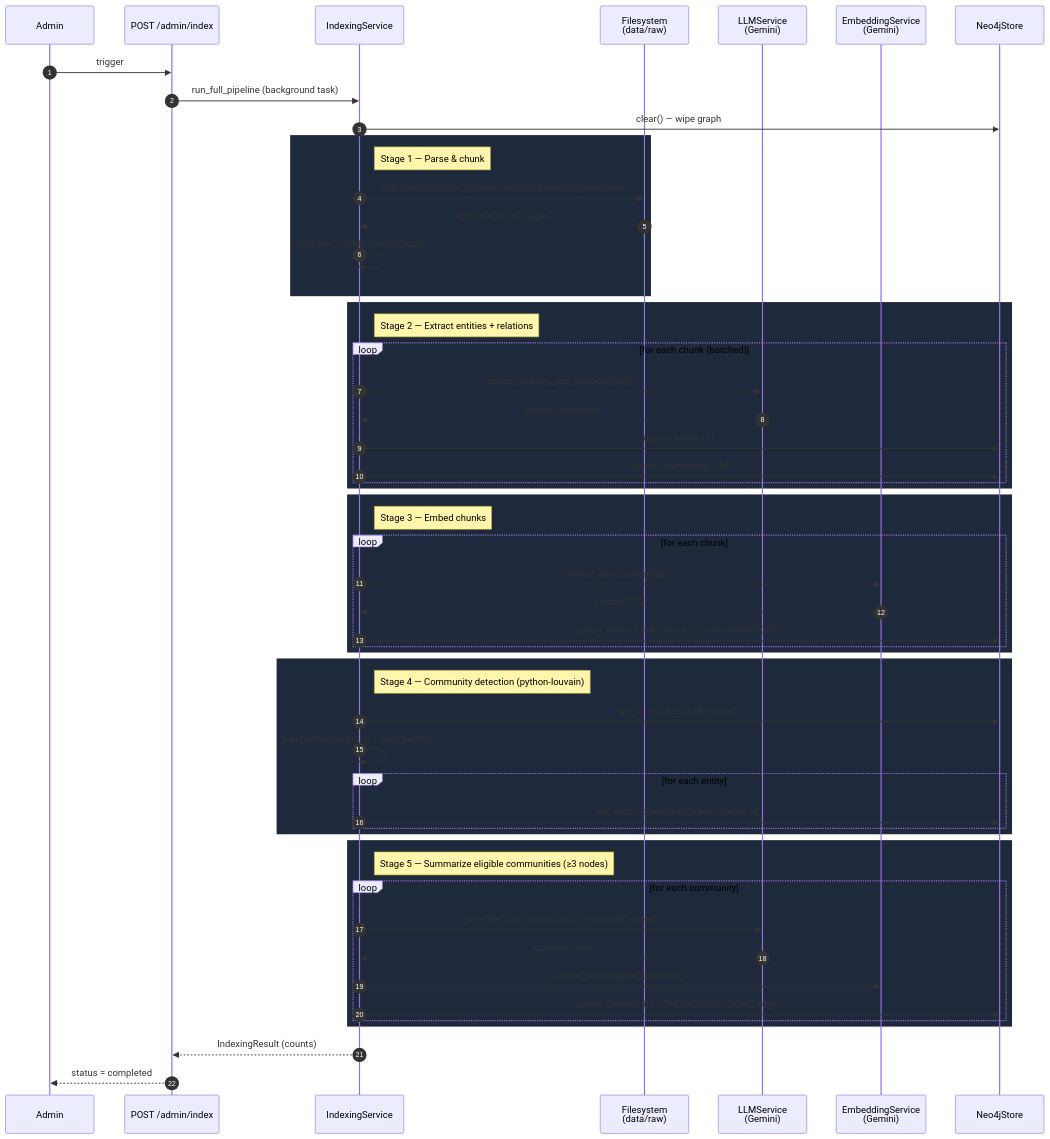
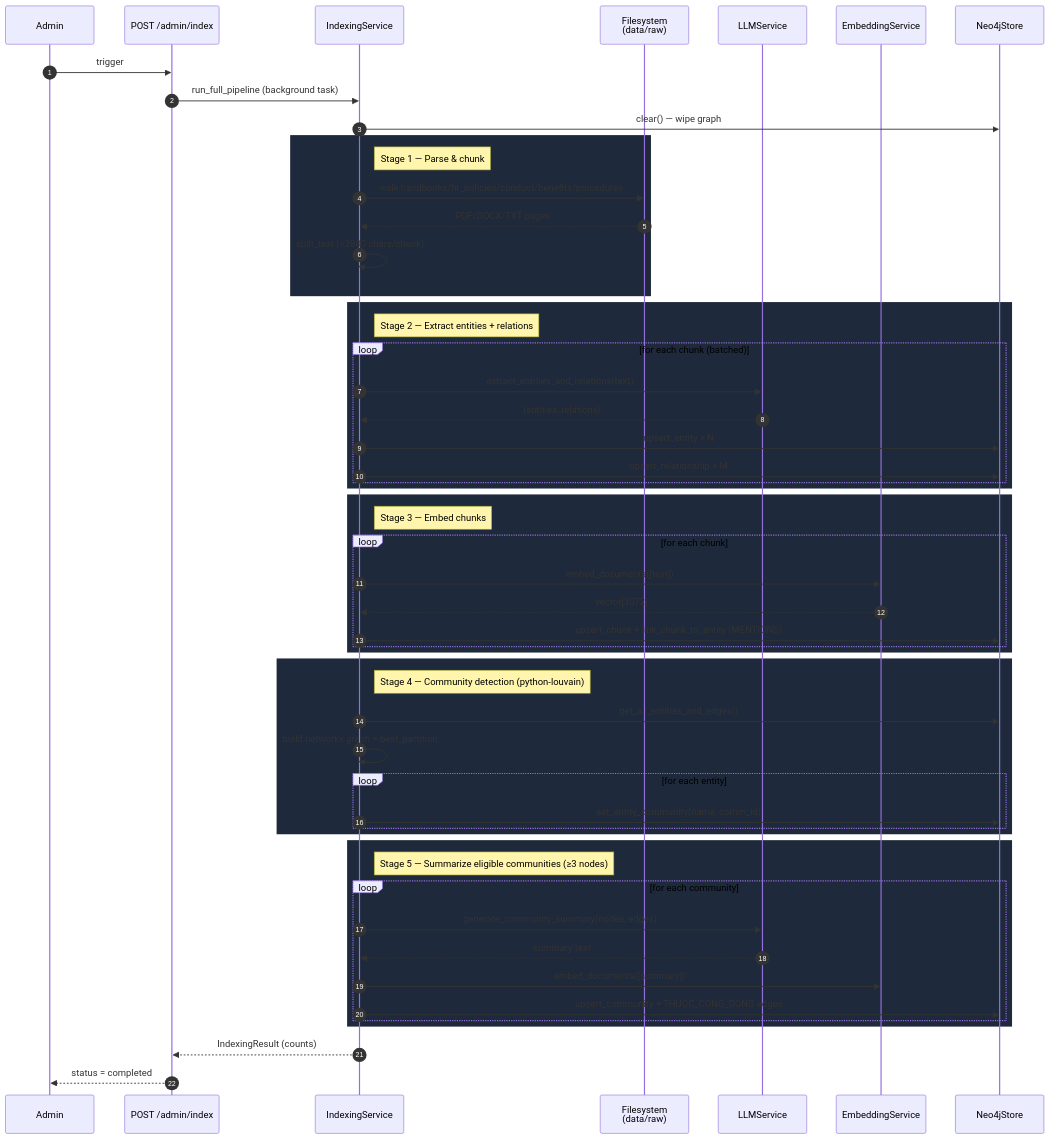
Before and after one commit to nguyenduy-math/agentichouse: the sixth of 11 diagrams in rag-projects/graphrag-assistant/HLD.md, drawn with Mermaid. The commit also changed other lines of this file and 22 other files, not shown here.

````diff
--- a/rag-projects/graphrag-assistant/HLD.md
+++ b/rag-projects/graphrag-assistant/HLD.md
@@ -250,63 +252,63 @@
 ```mermaid
 sequenceDiagram
     autonumber
     participant Admin
     participant API as POST /admin/index
     participant Idx as IndexingService
     participant FS as Filesystem<br/>(data/raw)
-    participant LLM as LLMService<br/>(Gemini)
-    participant Emb as EmbeddingService<br/>(Gemini)
+    participant LLM as LLMService
+    participant Emb as EmbeddingService
     participant N4J as Neo4jStore
 
     Admin->>API: trigger
     API->>Idx: run_full_pipeline (background task)
     Idx->>N4J: clear() — wipe graph
 
     rect rgb(30,41,59)
     note right of Idx: Stage 1 — Parse & chunk
     Idx->>FS: walk handbooks/hr_policies/conduct/benefits/procedures
     FS-->>Idx: PDF/DOCX/TXT pages
     Idx->>Idx: split_text (≈2800 chars/chunk)
     end
 
     rect rgb(30,41,59)
     note right of Idx: Stage 2 — Extract entities + relations
     loop for each chunk (batched)
         Idx->>LLM: extract_entities_and_relations(text)
         LLM-->>Idx: {entities, relations}
         Idx->>N4J: upsert_entity × N
         Idx->>N4J: upsert_relationship × M
     end
     end
 
     rect rgb(30,41,59)
     note right of Idx: Stage 3 — Embed chunks
     loop for each chunk
         Idx->>Emb: embed_documents([text])
         Emb-->>Idx: vector[3072]
         Idx->>N4J: upsert_chunk + link_chunk_to_entity (MENTIONS)
     end
     end
 
     rect rgb(30,41,59)
     note right of Idx: Stage 4 — Community detection (python-louvain)
     Idx->>N4J: get_all_entities_and_edges()
     Idx->>Idx: build networkx graph + best_partition
     loop for each entity
         Idx->>N4J: set_entity_community(name, comm_id)
     end
     end
 
     rect rgb(30,41,59)
     note right of Idx: Stage 5 — Summarize eligible communities (≥3 nodes)
     loop for each community
         Idx->>LLM: generate_community_summary(nodes, edges)
         LLM-->>Idx: summary text
         Idx->>Emb: embed_documents([summary])
         Idx->>N4J: upsert_community + THUOC_CONG_DONG edges
     end
     end
 
     Idx-->>API: IndexingResult (counts)
     API-->>Admin: status = completed
 ```
````
